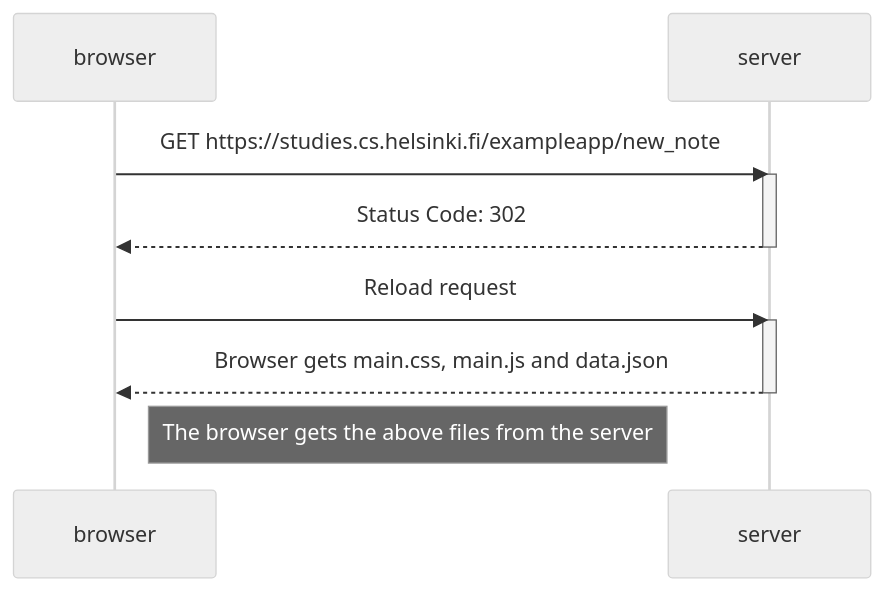
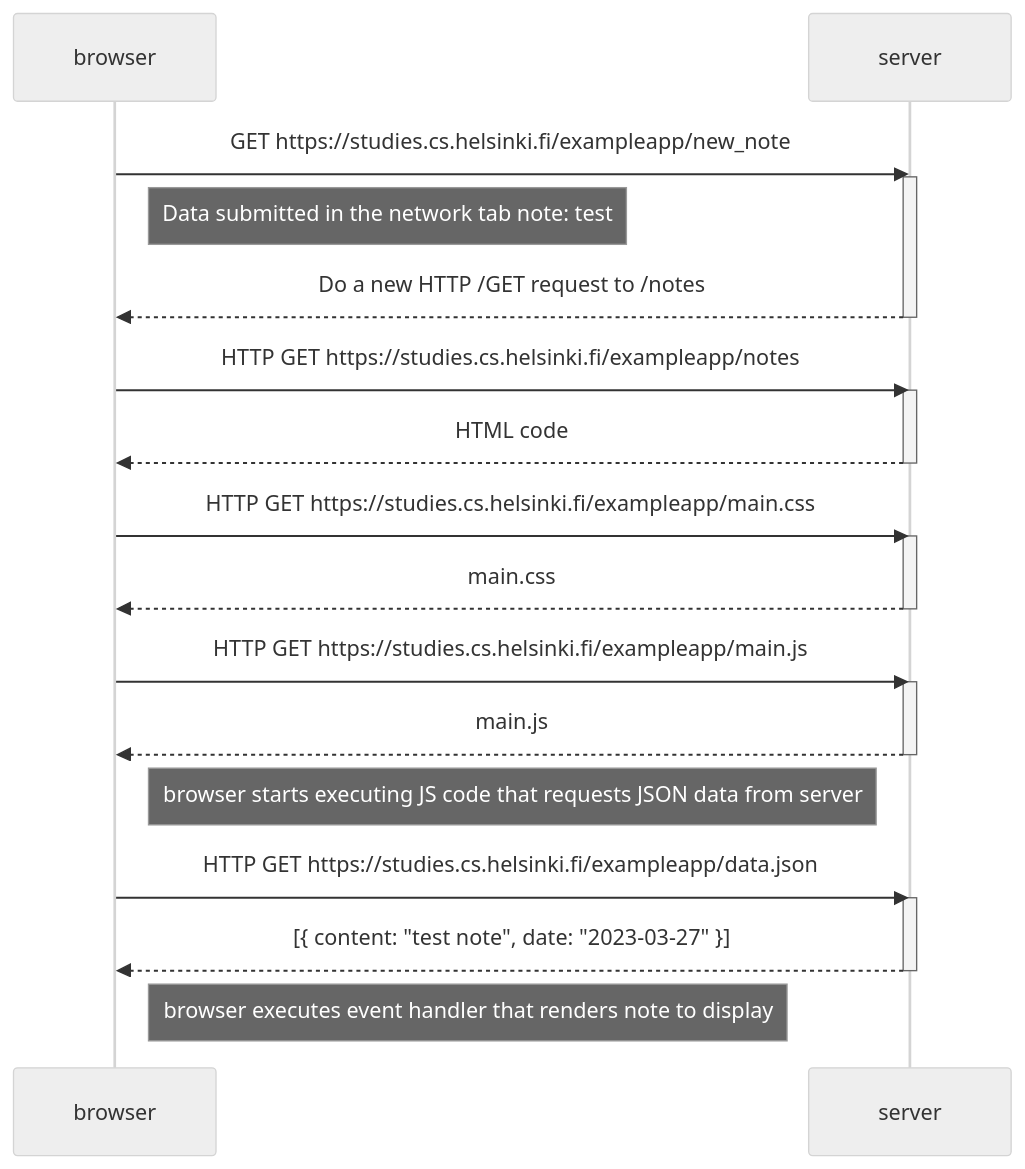
The diagram in part0/0.4_new_note.mmd (vitiligo610/fullstackopen), drawn with Mermaid (neutral theme) before and after one commit.

```diff
--- a/part0/0.4_new_note.mmd
+++ b/part0/0.4_new_note.mmd
@@ -1,15 +1,34 @@
 sequenceDiagram
 participant browser
 participant server
 
 browser->>server: GET https://studies.cs.helsinki.fi/exampleapp/new_note
     activate server
-    server-->>browser: Status Code: 302
+    Note right of browser: Data submitted in the network tab note: test
+    server-->>browser: Do a new HTTP /GET request to /notes
     deactivate server
 
-    browser->>server: Reload request
+
+    browser->>server: HTTP GET https://studies.cs.helsinki.fi/exampleapp/notes
     activate server
-    server-->>browser: Browser gets main.css, main.js and data.json
+    server-->>browser: HTML code
     deactivate server
 
-    Note right of browser: The browser gets the above files from the server
+    browser->>server: HTTP GET https://studies.cs.helsinki.fi/exampleapp/main.css
+    activate server
+    server-->>browser: main.css
+    deactivate server
+
+    browser->>server: HTTP GET https://studies.cs.helsinki.fi/exampleapp/main.js
+    activate server
+    server-->>browser: main.js
+    deactivate server
+
+    Note right of browser: browser starts executing JS code that requests JSON data from server
+
+    browser->>server: HTTP GET https://studies.cs.helsinki.fi/exampleapp/data.json
+    activate server
+    server-->>browser: [{ content: "test note", date: "2023-03-27" }]
+    deactivate server
+
+    Note right of browser: browser executes event handler that renders note to display
```
